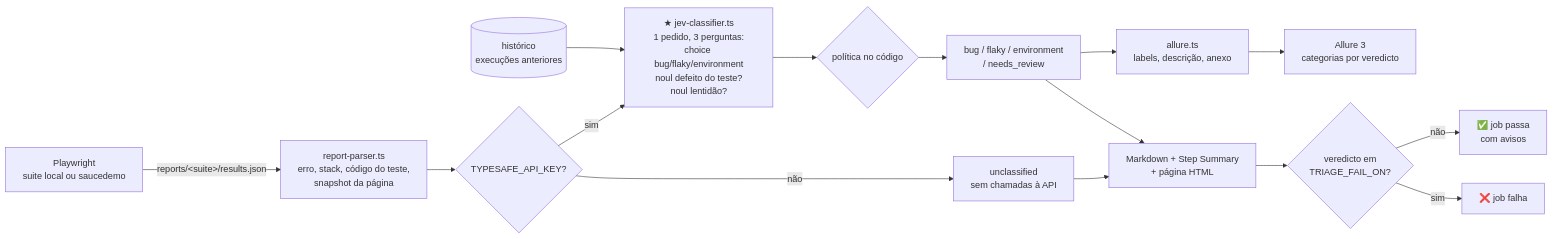
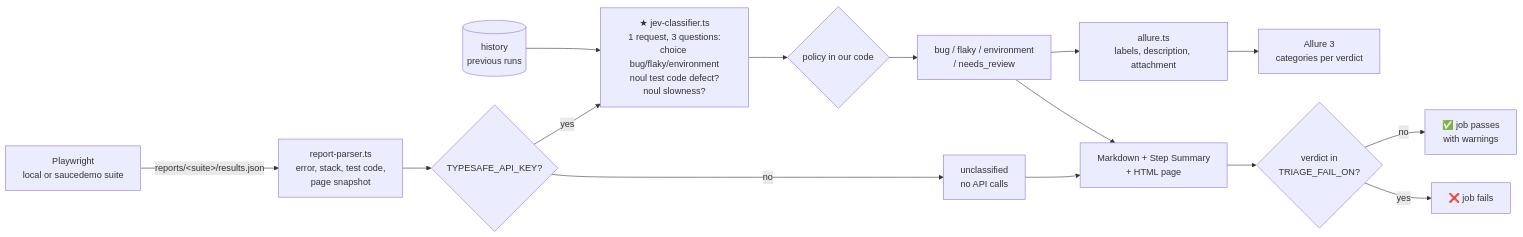
One commit to BRLorena/jev_test changed the diagram in README.md. Above: the diagram before and after it, drawn with Mermaid. The commit also changed other lines of this file, not shown here.

````diff
--- a/README.md
+++ b/README.md
@@ -47,17 +49,17 @@
 ```mermaid
 flowchart LR
-    A[Playwright<br/>suite local ou saucedemo] -->|reports/&lt;suite&gt;/results.json| B[report-parser.ts<br/>erro, stack, código do teste,<br/>snapshot da página]
-    P[(histórico<br/>execuções anteriores)] --> E
+    A[Playwright<br/>local or saucedemo suite] -->|reports/&lt;suite&gt;/results.json| B[report-parser.ts<br/>error, stack, test code,<br/>page snapshot]
+    P[(history<br/>previous runs)] --> E
     B --> C{TYPESAFE_API_KEY?}
-    C -- não --> D[unclassified<br/>sem chamadas à API]
-    C -- sim --> E[★ jev-classifier.ts<br/>1 pedido, 3 perguntas:<br/>choice bug/flaky/environment<br/>noul defeito do teste?<br/>noul lentidão?]
-    E --> F{política no código}
+    C -- no --> D[unclassified<br/>no API calls]
+    C -- yes --> E[★ jev-classifier.ts<br/>1 request, 3 questions:<br/>choice bug/flaky/environment<br/>noul test code defect?<br/>noul slowness?]
+    E --> F{policy in our code}
     F --> G[bug / flaky / environment<br/>/ needs_review]
-    D --> I[Markdown + Step Summary<br/>+ página HTML]
+    D --> I[Markdown + Step Summary<br/>+ HTML page]
     G --> I
-    G --> X[allure.ts<br/>labels, descrição, anexo]
-    X --> Y[Allure 3<br/>categorias por veredicto]
-    I --> J{veredicto em<br/>TRIAGE_FAIL_ON?}
-    J -- sim --> K[❌ job falha]
-    J -- não --> L[✅ job passa<br/>com avisos]
+    G --> X[allure.ts<br/>labels, description, attachment]
+    X --> Y[Allure 3<br/>categories per verdict]
+    I --> J{verdict in<br/>TRIAGE_FAIL_ON?}
+    J -- yes --> K[❌ job fails]
+    J -- no --> L[✅ job passes<br/>with warnings]
 ```
````
